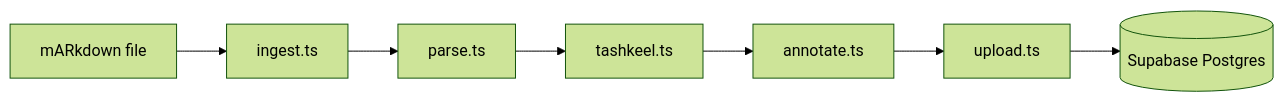
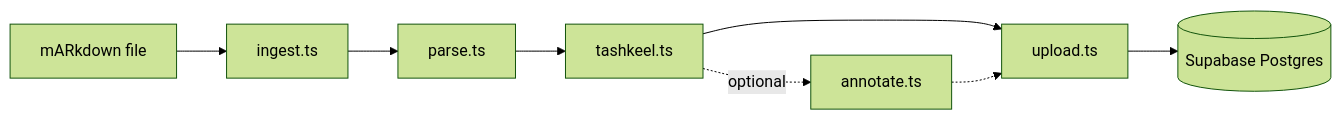
Before and after one commit to yousefh409/suhuf: the diagram in docs/reader/ingestion-pipeline.md, drawn with Mermaid (forest theme). The commit also changed other lines of this file and 85 other files, not shown here.

````diff
--- a/docs/reader/ingestion-pipeline.md
+++ b/docs/reader/ingestion-pipeline.md
@@ -9,9 +9,11 @@
 ```mermaid
 flowchart LR
     A[mARkdown file] --> B[ingest.ts]
     B --> C[parse.ts]
     C --> D[tashkeel.ts]
-    D --> E[annotate.ts]
-    E --> F[upload.ts]
-    F --> G[(Supabase Postgres)]
+    D --> E[upload.ts]
+    E --> F[(Supabase Postgres)]
+
+    D -.->|optional| G[annotate.ts]
+    G -.-> E
 ```
````
